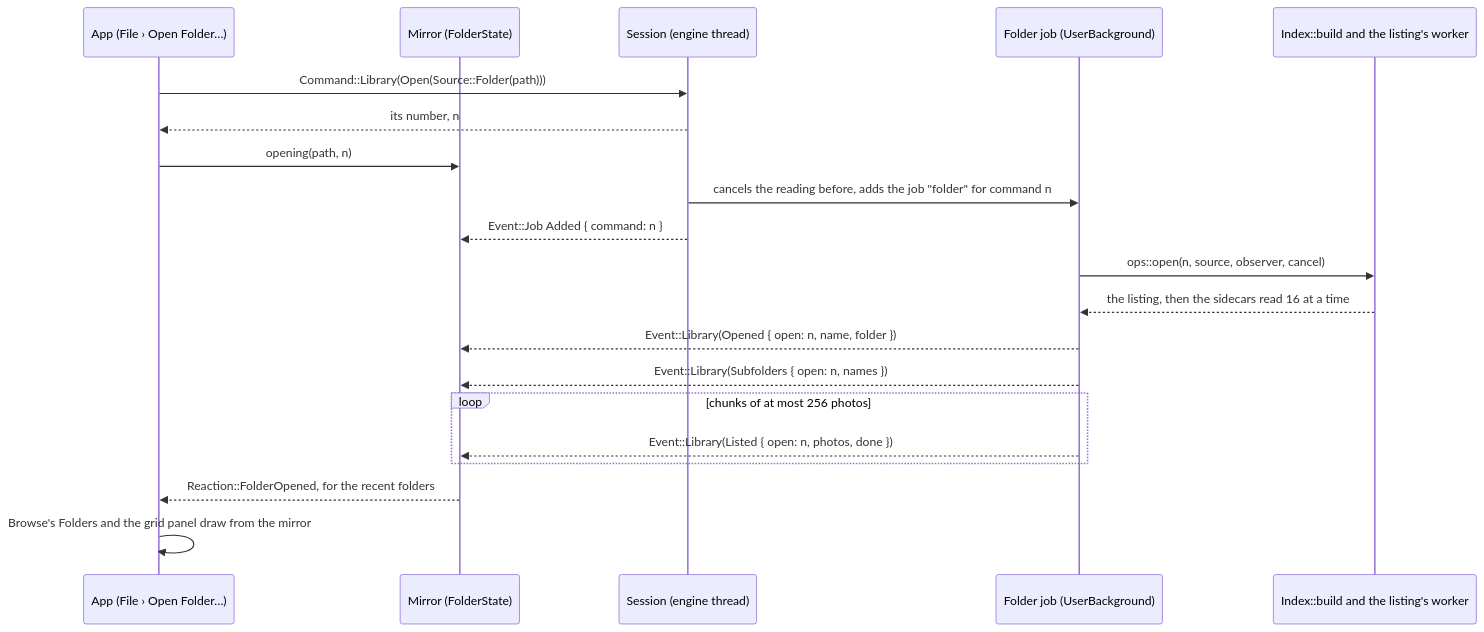
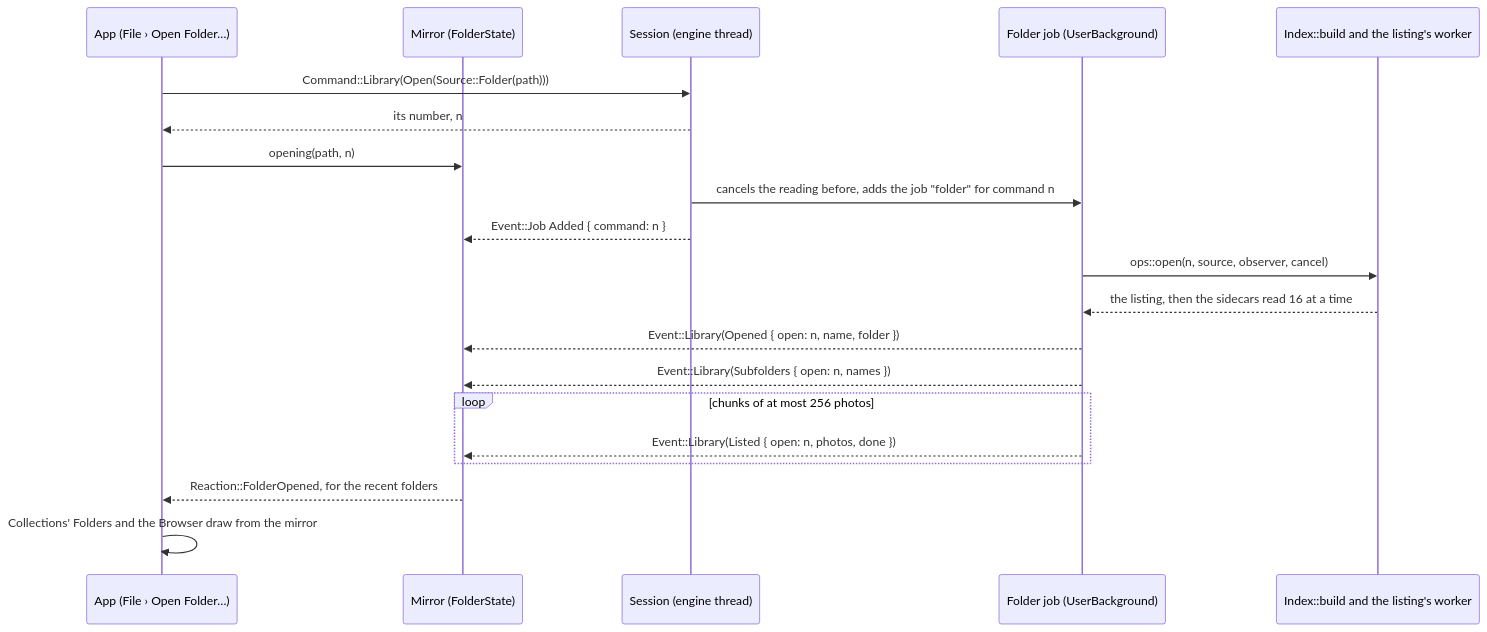
One commit to apertrust/apertrust changed the fourth of 5 diagrams in docs/library.md. Above: the diagram before and after it, drawn with Mermaid. The commit also changed other lines of this file and 19 other files, not shown here.

````diff
--- a/docs/library.md
+++ b/docs/library.md
@@ -402,22 +402,22 @@
 ```mermaid
 sequenceDiagram
     participant App as App (File › Open Folder…)
     participant Mirror as Mirror (FolderState)
     participant Session as Session (engine thread)
     participant Job as Folder job (UserBackground)
     participant Index as Index::build and the listing's worker
     App->>Session: Command::Library(Open(Source::Folder(path)))
     Session-->>App: its number, n
     App->>Mirror: opening(path, n)
     Session->>Job: cancels the reading before, adds the job "folder" for command n
     Session-->>Mirror: Event::Job Added { command: n }
     Job->>Index: ops::open(n, source, observer, cancel)
     Index-->>Job: the listing, then the sidecars read 16 at a time
     Job-->>Mirror: Event::Library(Opened { open: n, name, folder })
     Job-->>Mirror: Event::Library(Subfolders { open: n, names })
     loop chunks of at most 256 photos
         Job-->>Mirror: Event::Library(Listed { open: n, photos, done })
     end
     Mirror-->>App: Reaction::FolderOpened, for the recent folders
-    App->>App: Browse's Folders and the grid panel draw from the mirror
+    App->>App: Collections' Folders and the Browser draw from the mirror
 ```
````
